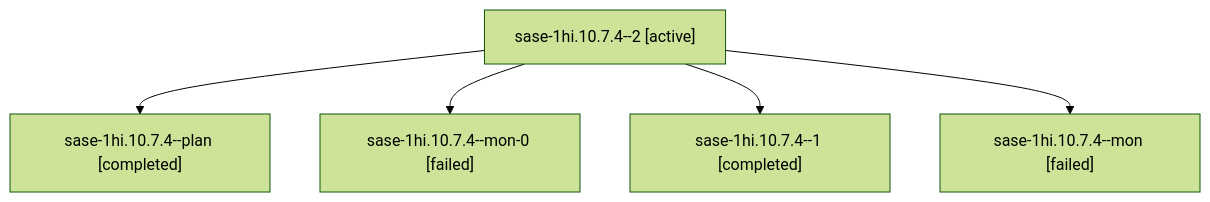
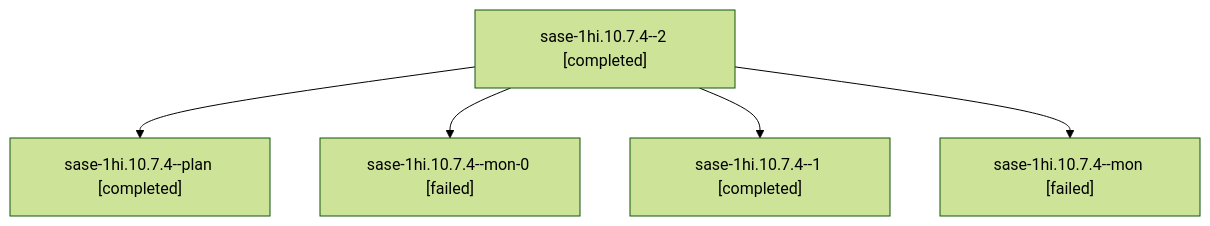
Before and after one commit to sase-org/sase--agents: the diagram in sessions/bbugyi200.apollo.sase-1hi.10.7.4.md, drawn with Mermaid (forest theme). The commit also changed other lines of this file and 153 other files, not shown here.

````diff
--- a/sessions/bbugyi200.apollo.sase-1hi.10.7.4.md
+++ b/sessions/bbugyi200.apollo.sase-1hi.10.7.4.md
@@ -9,12 +9,12 @@
 ```mermaid
 flowchart TD
-  n0["sase-1hi.10.7.4--2 [active]"]
+  n0["sase-1hi.10.7.4--2 [completed]"]
   n1["sase-1hi.10.7.4--plan [completed]"]
   n0 --> n1
   n2["sase-1hi.10.7.4--mon-0 [failed]"]
   n0 --> n2
   n3["sase-1hi.10.7.4--1 [completed]"]
   n0 --> n3
   n4["sase-1hi.10.7.4--mon [failed]"]
   n0 --> n4
 ```
````
